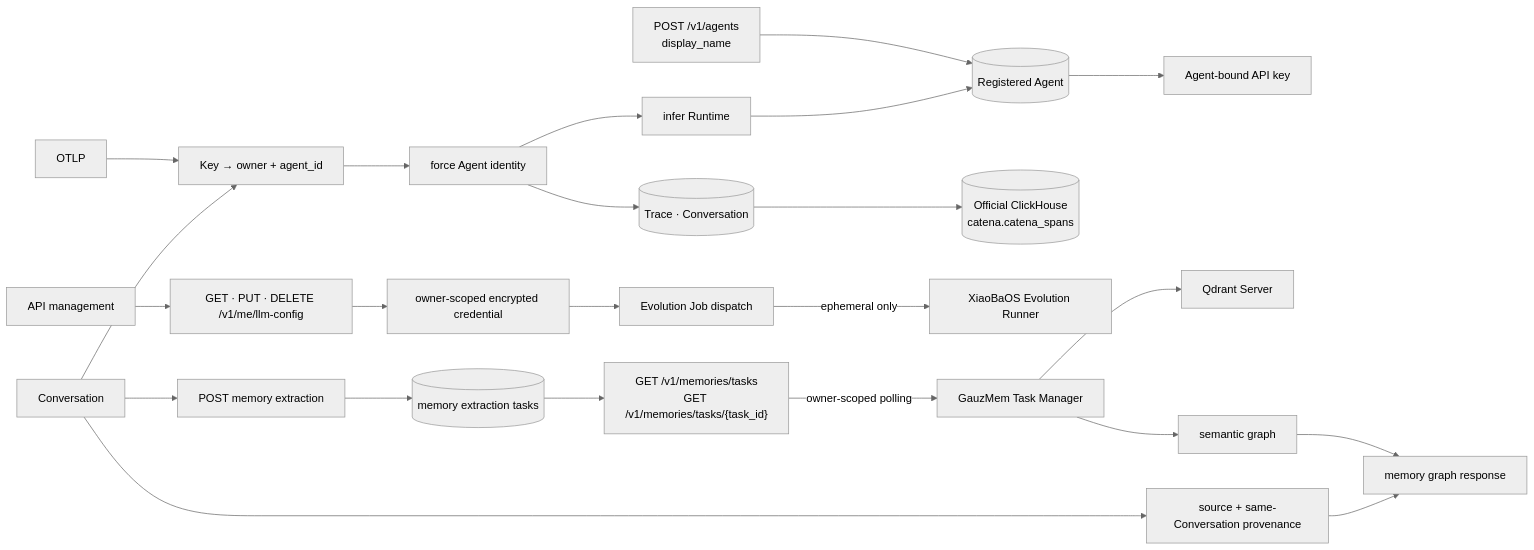
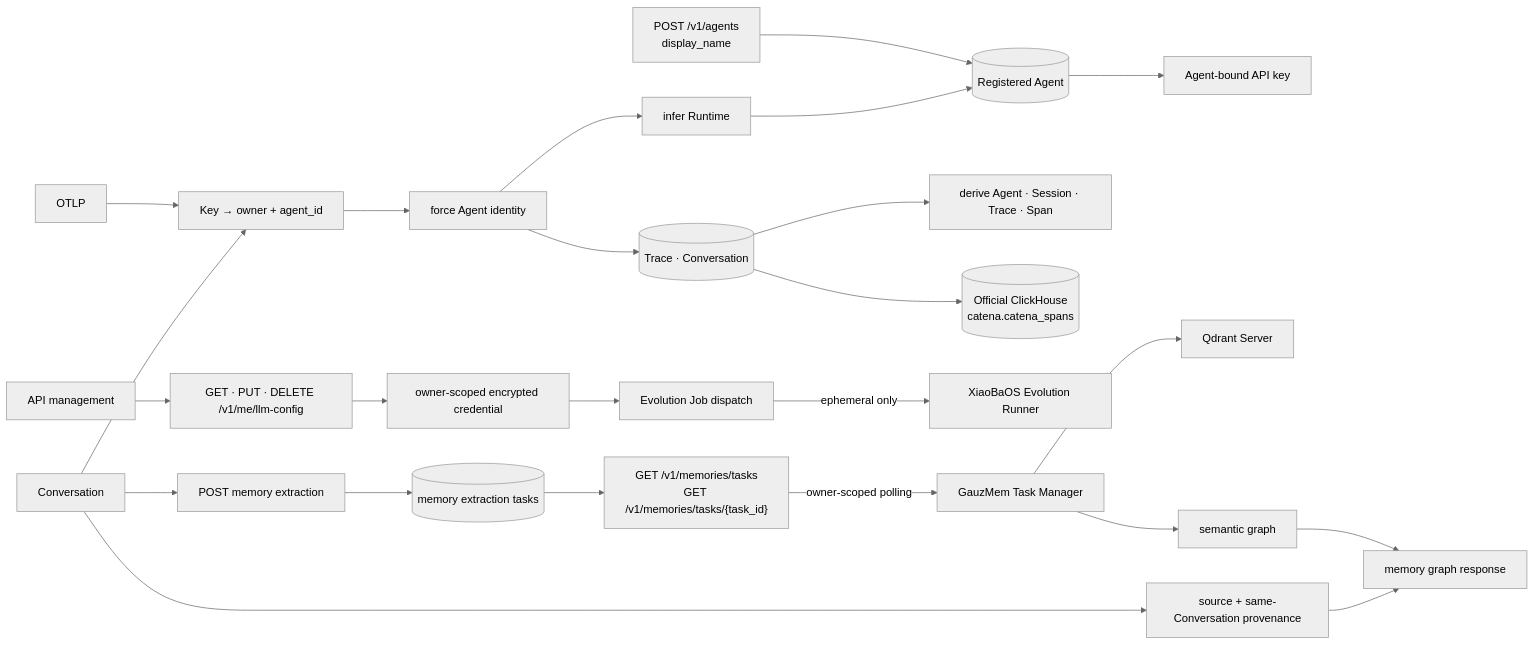
The second of 2 diagrams in control-plane/SPEC.md (fightheyyy/CATENA), drawn with Mermaid (neutral theme) before and after one commit. The commit also changed other lines of this file and 32 other files, not shown here.

Commit message:
feat: navigate traces by session hierarchy

````diff
--- a/control-plane/SPEC.md
+++ b/control-plane/SPEC.md
@@ -46,25 +46,26 @@
 ```mermaid
 flowchart LR
     Create["POST /v1/agents<br/>display_name"] --> Registry[("Registered Agent")]
     Registry --> Key["Agent-bound API key"]
     OTLP["OTLP"] --> Auth["Key → owner + agent_id"]
     Conversation["Conversation"] --> Auth
     Auth --> Normalize["force Agent identity"]
     Normalize --> Detect["infer Runtime"]
     Normalize --> Evidence[("Trace · Conversation")]
+    Evidence --> Hierarchy["derive Agent · Session · Trace · Span"]
     Evidence --> CH[("Official ClickHouse<br/>catena.catena_spans")]
     Detect --> Registry
     Web["API management"] --> ModelAPI["GET · PUT · DELETE /v1/me/llm-config"]
     ModelAPI --> Encrypted["owner-scoped encrypted credential"]
     Encrypted --> Job["Evolution Job dispatch"]
     Job -->|"ephemeral only"| Runner["XiaoBaOS Evolution Runner"]
     Conversation --> MemorySubmit["POST memory extraction"]
     MemorySubmit --> Ledger[("memory extraction tasks")]
     Ledger --> MemoryTask["GET /v1/memories/tasks<br/>GET /v1/memories/tasks/{task_id}"]
     MemoryTask -->|"owner-scoped polling"| GauzMem["GauzMem Task Manager"]
     GauzMem --> Vector["Qdrant Server"]
     GauzMem --> Semantic["semantic graph"]
     Conversation --> Provenance["source + same-Conversation provenance"]
     Semantic --> Graph["memory graph response"]
     Provenance --> Graph
 ```
````
